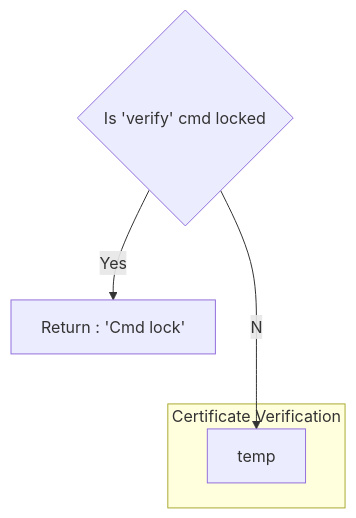
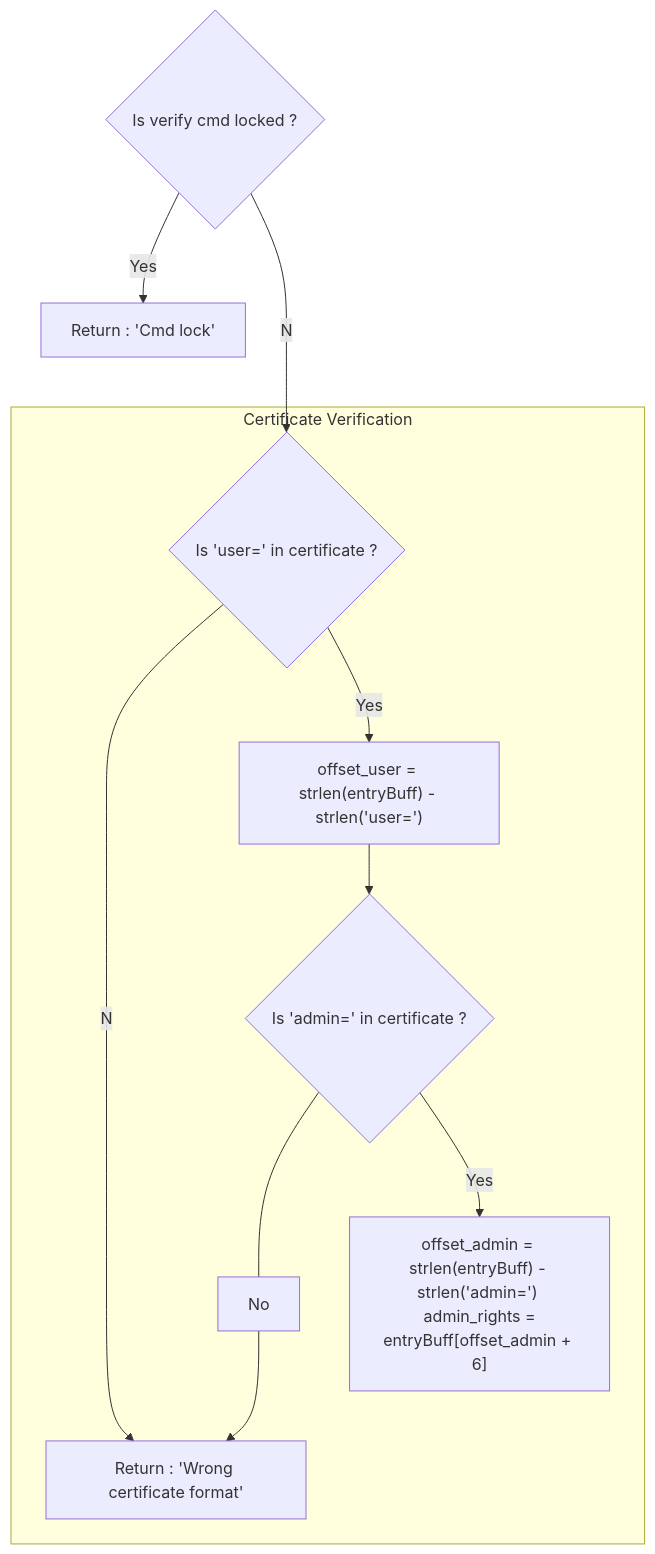
One commit to younrx/CTF_Irek1 changed the diagram in README.md. Above: the diagram before and after it, drawn with Mermaid.

````diff
--- a/README.md
+++ b/README.md
@@ -180,15 +180,25 @@
 ```mermaid
 flowchart TD
   %% ----- MAIN CHECK -----
   %% Boxes
-  VerifyCmdCheck{Is 'verify' cmd locked}
+  VerifyCmdCheck{"Is verify cmd locked ?"}
   PrintVerifyCmdIsLocked["Return : 'Cmd lock'"]
   %% Links
   VerifyCmdCheck --Yes--> PrintVerifyCmdIsLocked
-  VerifyCmdCheck --No--> Temp
+  VerifyCmdCheck --No--> CheckSubstrUsr
 
   %% ----- CERTIFICATE VERIFICATION -----
   subgraph Certificate Verification
-  Temp[temp]
+  %% Boxes
+  CheckSubstrUsr{"Is 'user=' in certificate ?"}
+  SaveOfstUsr["offset_user = strlen(entryBuff) - strlen('user=')"]
+  CheckSubstrAdm{"Is 'admin=' in certificate ?"}
+  SaveOfstAdm["offset_admin = strlen(entryBuff) - strlen('admin=') \n admin_rights = entryBuff[offset_admin + 6]"]
+  PrintWrCertFormat["Return : 'Wrong certificate format'"]
+  %% Links
+  CheckSubstrUsr --No--> PrintWrCertFormat
+  CheckSubstrUsr --Yes--> SaveOfstUsr --> CheckSubstrAdm
+  CheckSubstrAdm ---No--> PrintWrCertFormat
+  CheckSubstrAdm --Yes--> SaveOfstAdm
   end
 ```
````
